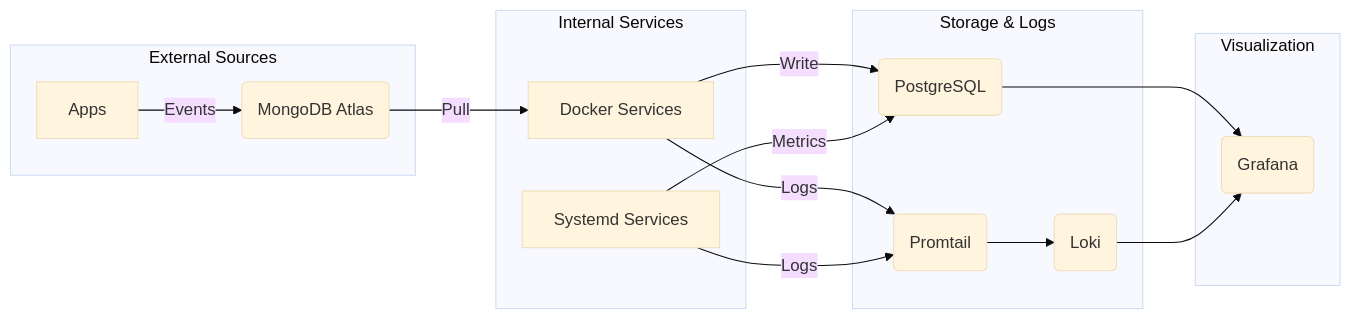
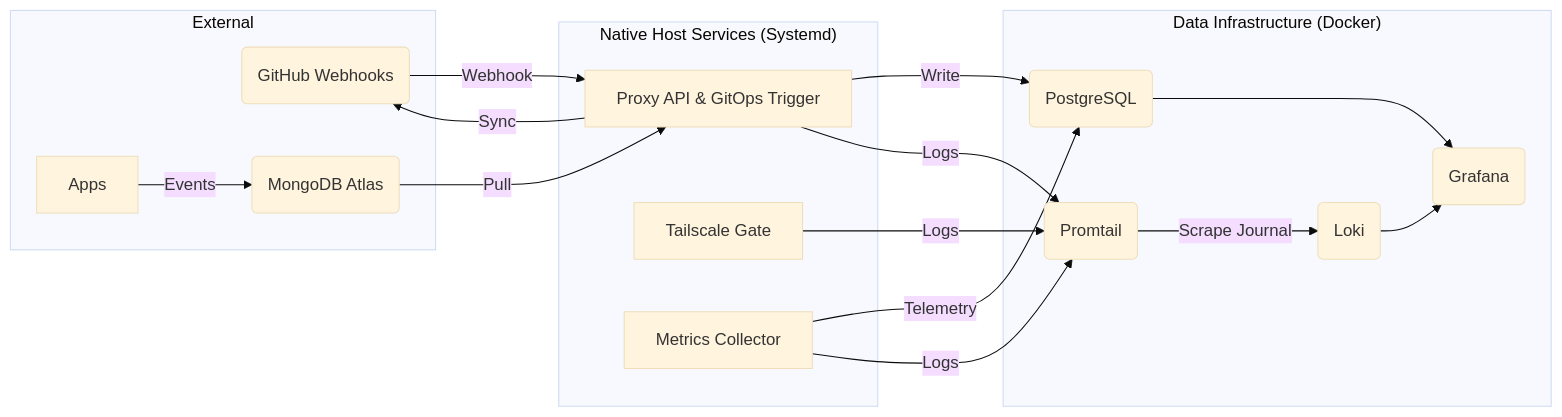
One commit to victoriacheng15/observability-hub changed the diagram in README.md. Above: the diagram before and after it, drawn with Mermaid (base theme). The commit also changed other lines of this file and 12 other files, not shown here.

Commit message:
docs(arch): reorganize and expand architecture documentation (#83)

````diff
--- a/README.md
+++ b/README.md
@@ -40,35 +40,37 @@
 ```mermaid
 flowchart LR
-    subgraph "External Sources"
+    subgraph "External"
+        GH(GitHub Webhooks)
         Apps
         Mongo(MongoDB Atlas)
     end
 
-    subgraph "Internal Services"
-        DS[Docker Services]
-        SS[Systemd Services]
+    subgraph "Native Host Services (Systemd)"
+        Proxy[Proxy API & GitOps Trigger]
+        Gate[Tailscale Gate]
+        Metrics[Metrics Collector]
     end
 
-    subgraph "Storage & Logs"
+    subgraph "Data Infrastructure (Docker)"
         PG(PostgreSQL)
         P(Promtail)
         L(Loki)
-    end
-
-    subgraph Visualization
         G(Grafana)
     end
 
     %% Data Pipeline
+    GH -- Webhook --> Proxy
+    Proxy -- Sync --> GH
     Apps -- Events --> Mongo
-    Mongo -- Pull --> DS
-    DS -- Write --> PG
-    SS -- Metrics --> PG
+    Mongo -- Pull --> Proxy
+    Proxy -- Write --> PG
+    Metrics -- Telemetry --> PG
     PG --> G
 
     %% Logging Pipeline
-    DS -- Logs --> P
-    SS -- Logs --> P
-    P --> L
+    Proxy -- Logs --> P
+    Gate -- Logs --> P
+    Metrics -- Logs --> P
+    P -- Scrape Journal --> L
     L --> G
 ```
````
